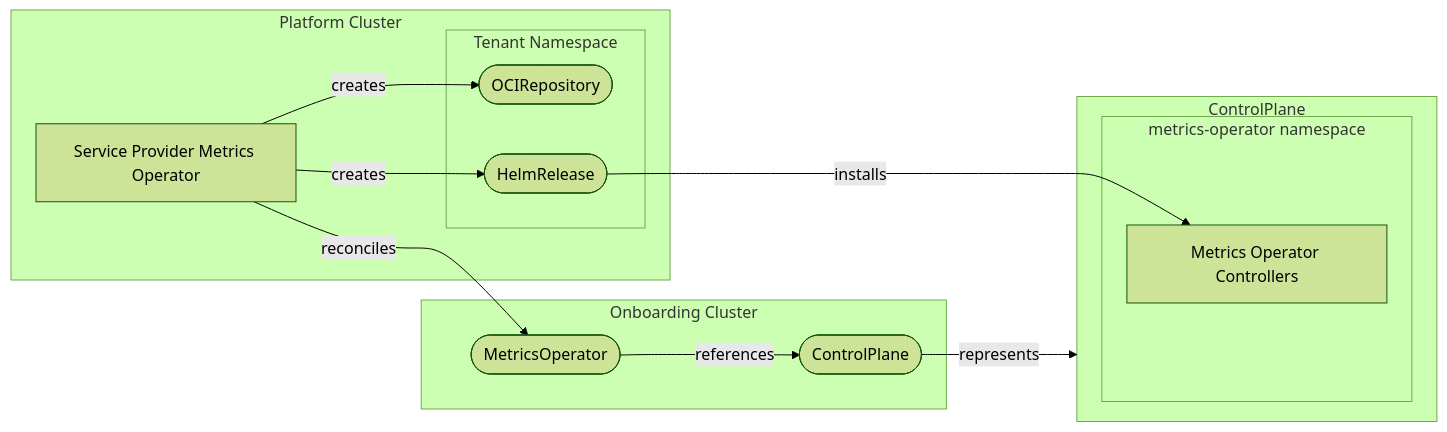
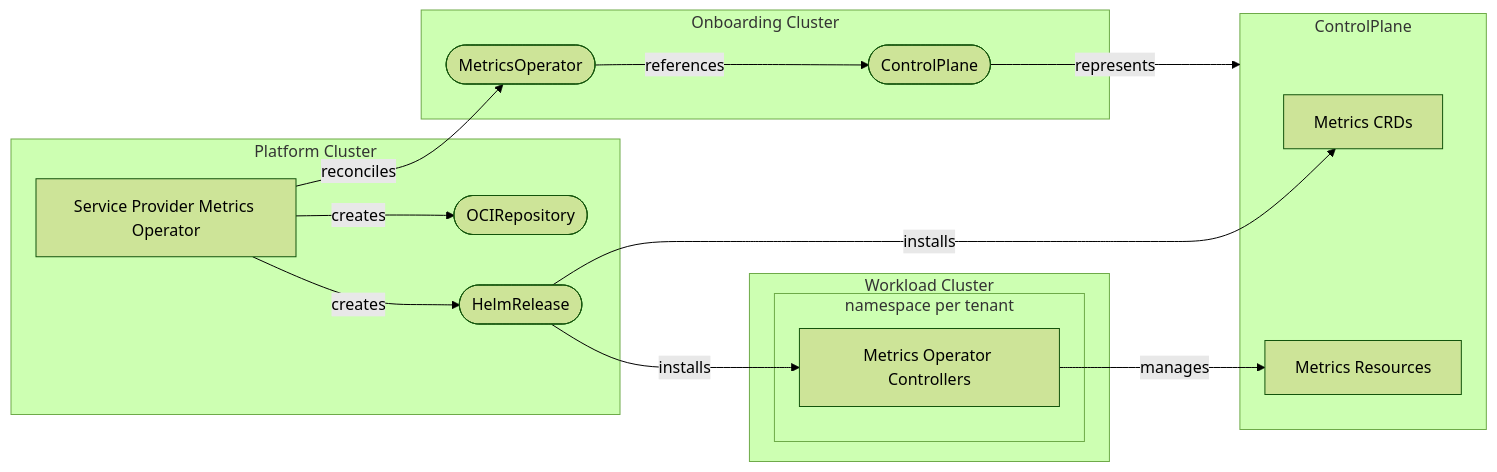
One commit to openmcp-project/service-provider-metrics-operator changed the diagram in README.md. Above: the diagram before and after it, drawn with Mermaid (forest theme).

````diff
--- a/README.md
+++ b/README.md
@@ -18,30 +18,35 @@
 ```mermaid
 flowchart LR
 
   subgraph PC[Platform Cluster]
     spmo[Service Provider Metrics Operator]
-    subgraph TN[Tenant Namespace]
-      ocirepo([OCIRepository])
-      helmrel([HelmRelease])
-    end
+    ocirepo([OCIRepository])
+    helmrel([HelmRelease])
   end
 
   subgraph OC[Onboarding Cluster]
     moapi([MetricsOperator])
     mcpapi([ControlPlane])
 
     moapi -- references --> mcpapi
   end
 
   subgraph mcp[ControlPlane]
-    subgraph NS[metrics-operator namespace]
-      moctrl[Metrics Operator Controllers]
+    crds[Metrics CRDs]
+    metrics[Metrics Resources]
+  end
+
+  subgraph wl[Workload Cluster]
+    subgraph NS[namespace per tenant]
+      wlmoctrl[Metrics Operator Controllers]
     end
   end
 
   spmo -- reconciles --> moapi
   spmo -- creates --> ocirepo
   spmo -- creates --> helmrel
-  helmrel -- installs --> moctrl
+  helmrel -- installs --> wlmoctrl
+  helmrel -- installs --> crds
+  wlmoctrl -- manages --> metrics
   mcpapi -- represents --> mcp
 ```
````
